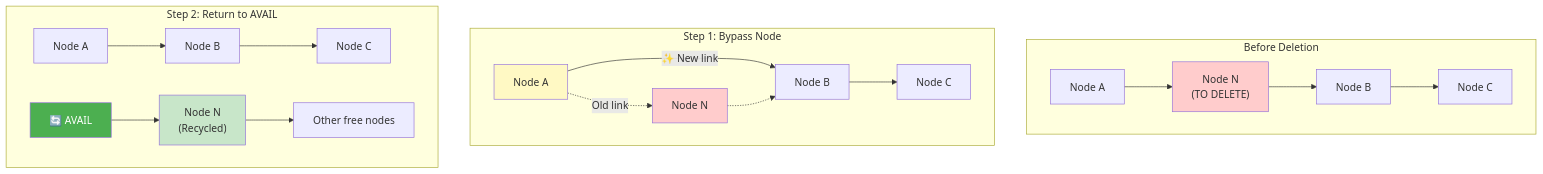
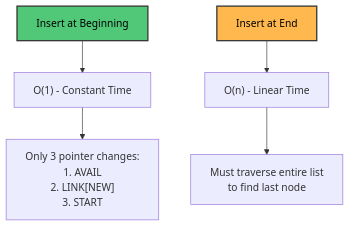
Before and after one commit to M-F-Tushar/CSE-2101-Data-Structure: diagram 19 of 54 in Chapter 5 - Linked Lists/README.md, drawn with Mermaid. The commit also changed other lines of this file, not shown here.

````diff
--- a/Chapter 5 - Linked Lists/README.md
+++ b/Chapter 5 - Linked Lists/README.md
@@ -1171,31 +1317,11 @@
 ```mermaid
-graph TB
-    subgraph "Before Deletion"
-        B1["Node A"] --> B2["Node N<br/>(TO DELETE)"]
-        B2 --> B3["Node B"]
-        B3 --> B4["Node C"]
-        
-        style B2 fill:#ffcccc
-    end
+graph TD
+    A["Insert at Beginning"] --> B["O(1) - Constant Time"]
+    B --> C["Only 3 pointer changes:<br/>1. AVAIL<br/>2. LINK[NEW]<br/>3. START"]
     
-    subgraph "Step 1: Bypass Node"
-        S1["Node A"] -.->|"Old link"| S2["Node N"]
-        S1 -->|"✨ New link"| S3["Node B"]
-        S2 -.-> S3
-        S3 --> S4["Node C"]
-        
-        style S2 fill:#ffcccc
-        style S1 fill:#fff9c4
-    end
+    D["Insert at End"] --> E["O(n) - Linear Time"]
+    E --> F["Must traverse entire list<br/>to find last node"]
     
-    subgraph "Step 2: Return to AVAIL"
-        A1["Node A"] --> A2["Node B"]
-        A2 --> A3["Node C"]
-        
-        AV["🔄 AVAIL"] --> N1["Node N<br/>(Recycled)"]
-        N1 --> N2["Other free nodes"]
-        
-        style N1 fill:#c8e6c9
-        style AV fill:#4caf50,color:#fff
-    end
+    style A fill:#50C878,stroke:#333,stroke-width:2px,color:#000
+    style D fill:#FFB84D,stroke:#333,stroke-width:2px,color:#000
 ```
````
